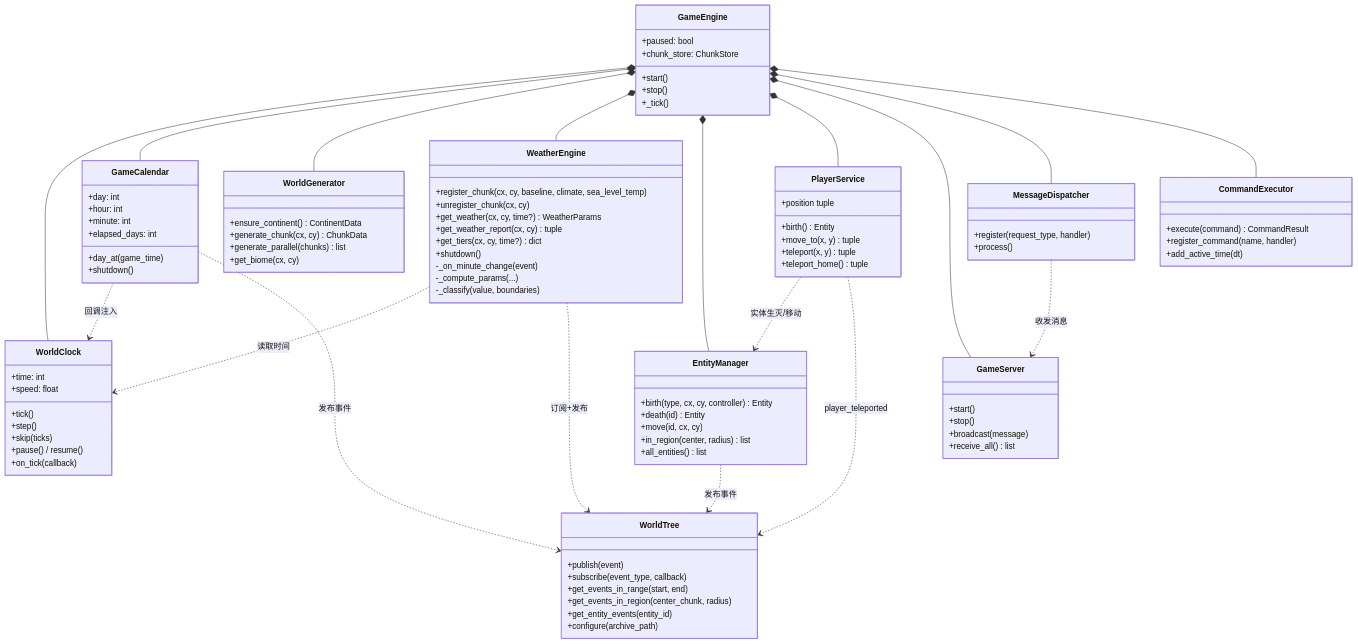
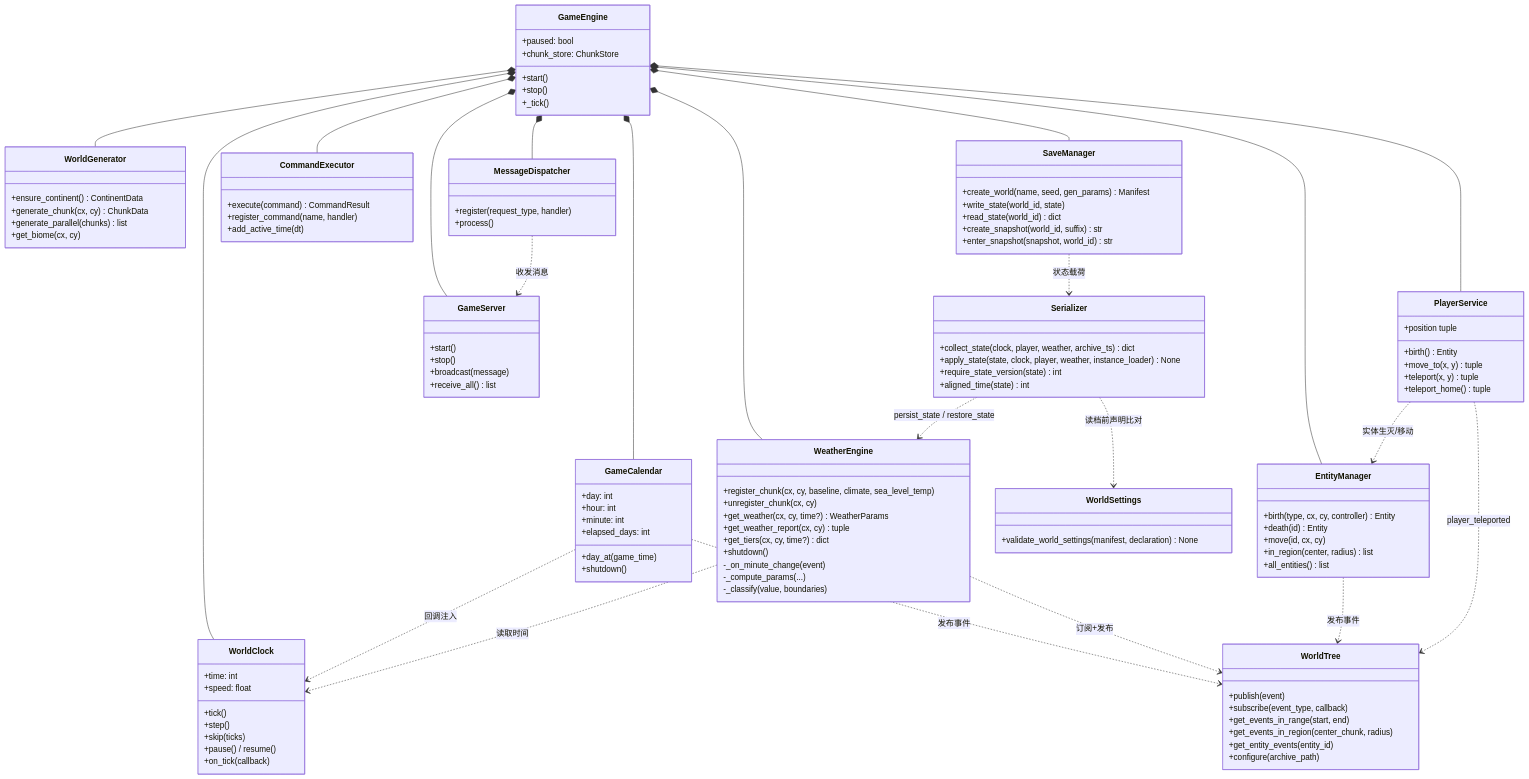
Before and after one commit to Jedidiah-Zhang/Ascend: the sixth of 6 diagrams in docs/diagrams/architecture.md, drawn with Mermaid. The commit also changed other lines of this file and 28 other files, not shown here.

````diff
--- a/docs/diagrams/architecture.md
+++ b/docs/diagrams/architecture.md
@@ -273,6 +283,25 @@
         +add_active_time(dt)
     }
 
+    class SaveManager {
+        +create_world(name, seed, gen_params) Manifest
+        +write_state(world_id, state)
+        +read_state(world_id) dict
+        +create_snapshot(world_id, suffix) str
+        +enter_snapshot(snapshot, world_id) str
+    }
+
+    class Serializer {
+        +collect_state(clock, player, weather, archive_ts) dict
+        +apply_state(state, clock, player, weather, instance_loader) None
+        +require_state_version(state) int
+        +aligned_time(state) int
+    }
+
+    class WorldSettings {
+        +validate_world_settings(manifest, declaration) None
+    }
+
     GameEngine *-- WorldClock
     GameEngine *-- GameCalendar
     GameEngine *-- WorldGenerator
@@ -282,6 +311,7 @@
     GameEngine *-- GameServer
     GameEngine *-- MessageDispatcher
     GameEngine *-- CommandExecutor
+    GameEngine *-- SaveManager
 
     GameCalendar ..> WorldClock : 回调注入
     GameCalendar ..> WorldTree : 发布事件
@@ -291,4 +321,7 @@
     PlayerService ..> EntityManager : 实体生灭/移动
     PlayerService ..> WorldTree : player_teleported
     MessageDispatcher ..> GameServer : 收发消息
+    SaveManager ..> Serializer : 状态载荷
+    Serializer ..> WeatherEngine : persist_state / restore_state
+    Serializer ..> WorldSettings : 读档前声明比对
 ```
````
